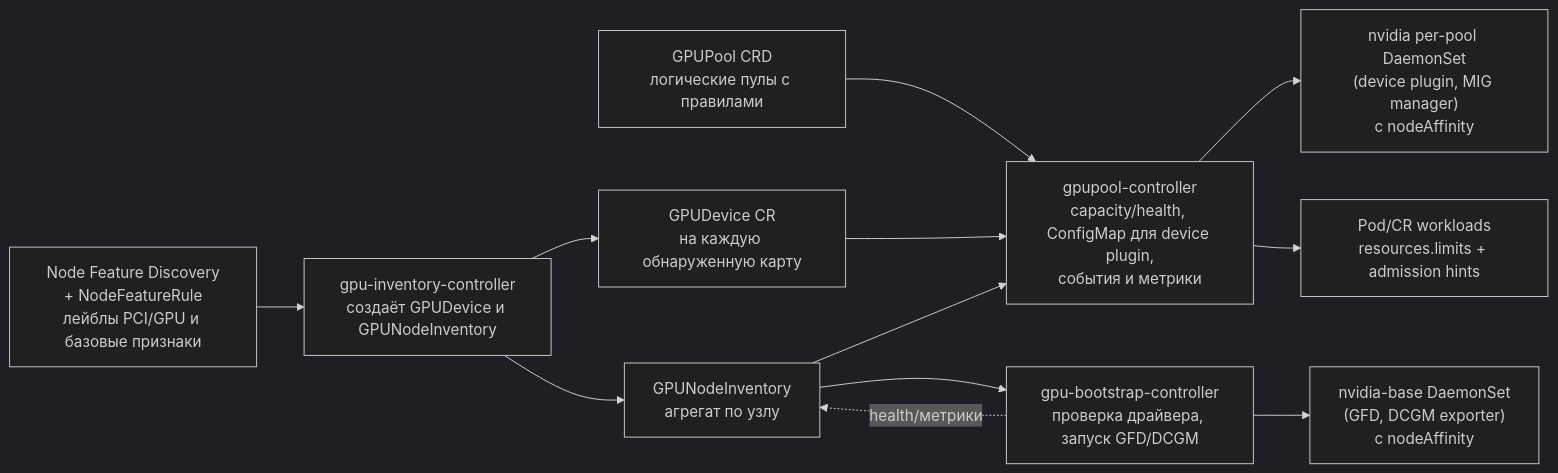
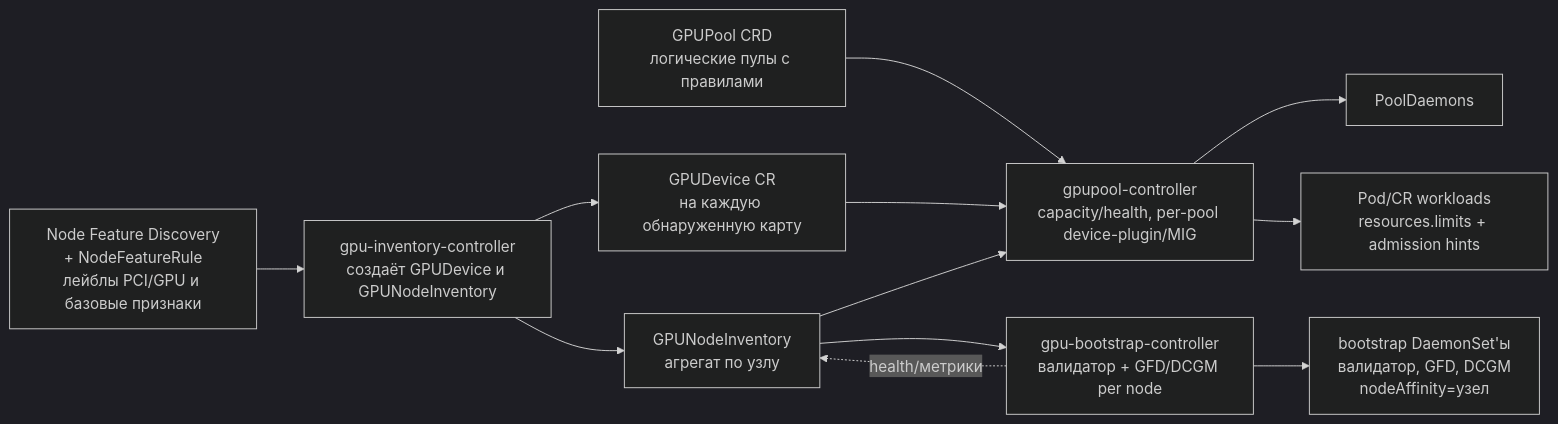
Before and after one commit to aleksandr-podmoskovniy/gpu-control-plane: the first of 7 diagrams in docs/adr/ADR-gpu-control-plane.ru.md, drawn with Mermaid (dark theme). The commit also changed other lines of this file and 55 other files, not shown here.

````diff
--- a/docs/adr/ADR-gpu-control-plane.ru.md
+++ b/docs/adr/ADR-gpu-control-plane.ru.md
@@ -232,24 +232,23 @@
 ```mermaid
 flowchart LR
     NFD["Node Feature Discovery<br/>+ NodeFeatureRule<br/>лейблы PCI/GPU и базовые признаки"]
     InventoryCtrl["gpu-inventory-controller<br/>создаёт GPUDevice и GPUNodeInventory"]
     Device["GPUDevice CR<br/>на каждую обнаруженную карту"]
     Inventory["GPUNodeInventory<br/>агрегат по узлу"]
-    Bootstrap["gpu-bootstrap-controller<br/>проверка драйвера, запуск GFD/DCGM"]
-    BaseDaemons["nvidia-base DaemonSet<br/>(GFD, DCGM exporter)<br/>с nodeAffinity"]
-    PoolDaemons["nvidia per-pool DaemonSet<br/>(device plugin, MIG manager)<br/>с nodeAffinity"]
+    Bootstrap["gpu-bootstrap-controller<br/>валидатор + GFD/DCGM per node"]
+    BaseDaemons["bootstrap DaemonSet'ы<br/>валидатор, GFD, DCGM<br/>nodeAffinity=узел"]
     Pool["GPUPool CRD<br/>логические пулы с правилами"]
-    Controller["gpupool-controller<br/>capacity/health, ConfigMap для device plugin,<br/>события и метрики"]
+    Controller["gpupool-controller<br/>capacity/health, per-pool device-plugin/MIG"]
     Workloads["Pod/CR workloads<br/>resources.limits + admission hints"]
     NFD --> InventoryCtrl
     InventoryCtrl --> Device
     InventoryCtrl --> Inventory
     Inventory --> Bootstrap
     Bootstrap --> BaseDaemons
     Bootstrap -. health/метрики .-> Inventory
     Pool --> Controller
     Device --> Controller
     Inventory --> Controller
     Controller --> PoolDaemons
     Controller --> Workloads
 ```
````
